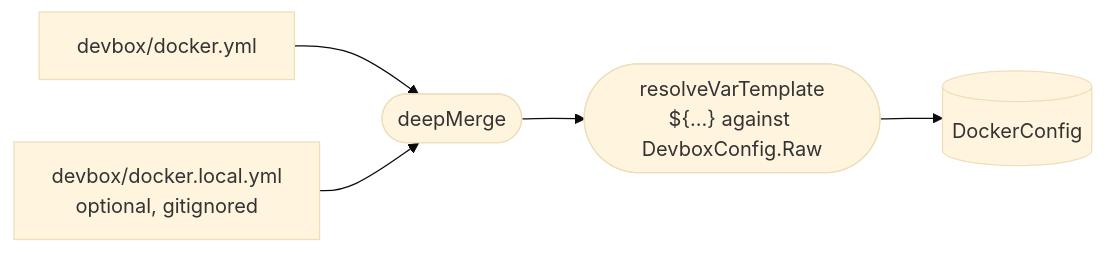
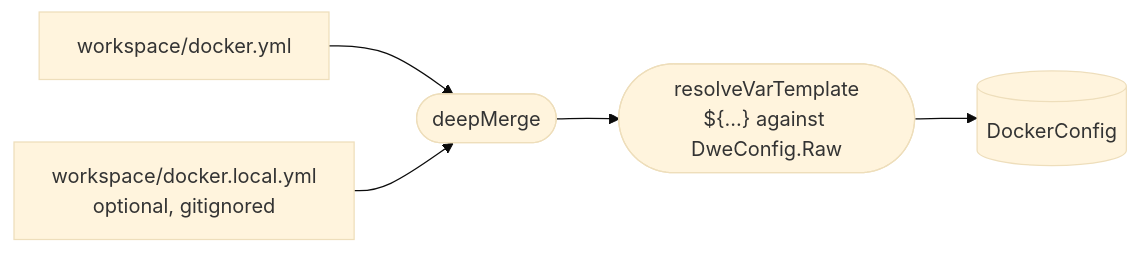
Before and after one commit to semsemyonoff/dwe: the diagram in docs/i18n/ru/reference/config/docker.md, drawn with Mermaid (base theme). The commit also changed other lines of this file and 113 other files, not shown here.

First line of the commit message:
feat: Phase 4a+4b — update EN and RU docs for devbox→dwe rebrand

````diff
--- a/docs/i18n/ru/reference/config/docker.md
+++ b/docs/i18n/ru/reference/config/docker.md
@@ -30,7 +30,7 @@
 ```mermaid
 flowchart LR
-  A["devbox/docker.yml"] --> M(["deepMerge"])
-  B["devbox/docker.local.yml<br/>optional, gitignored"] --> M
-  M --> P(["resolveVarTemplate<br/>$#123;...#125; against DevboxConfig.Raw"])
+  A["workspace/docker.yml"] --> M(["deepMerge"])
+  B["workspace/docker.local.yml<br/>optional, gitignored"] --> M
+  M --> P(["resolveVarTemplate<br/>$#123;...#125; against DweConfig.Raw"])
   P --> R[("DockerConfig")]
 ```
````
